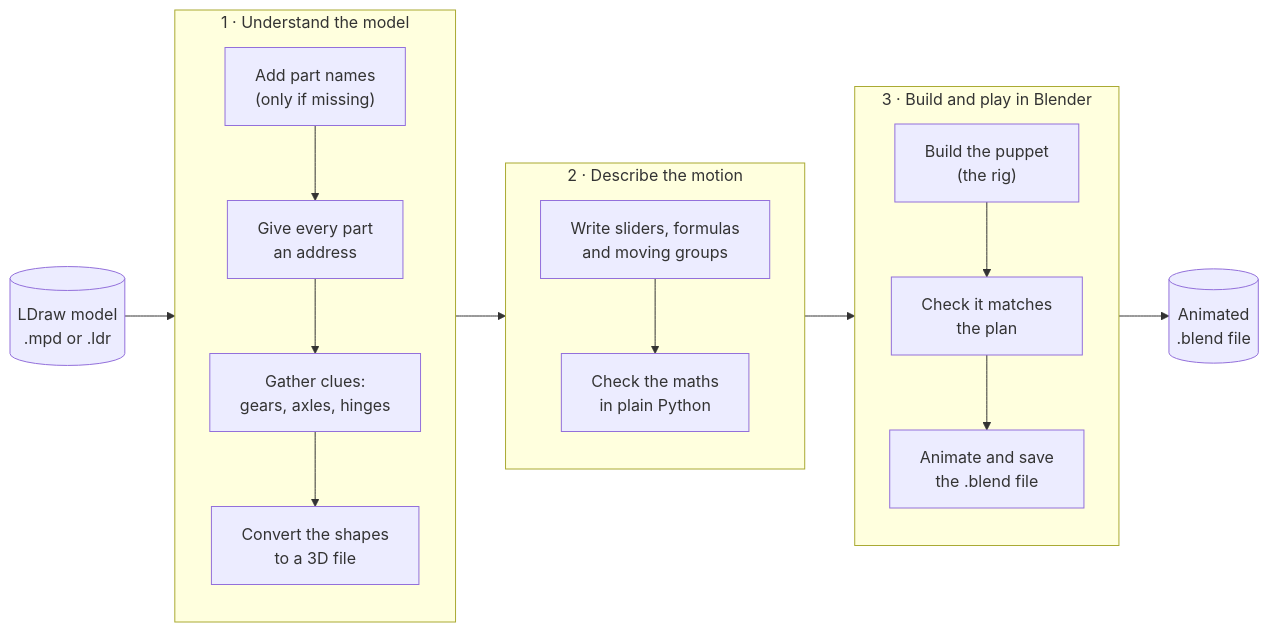
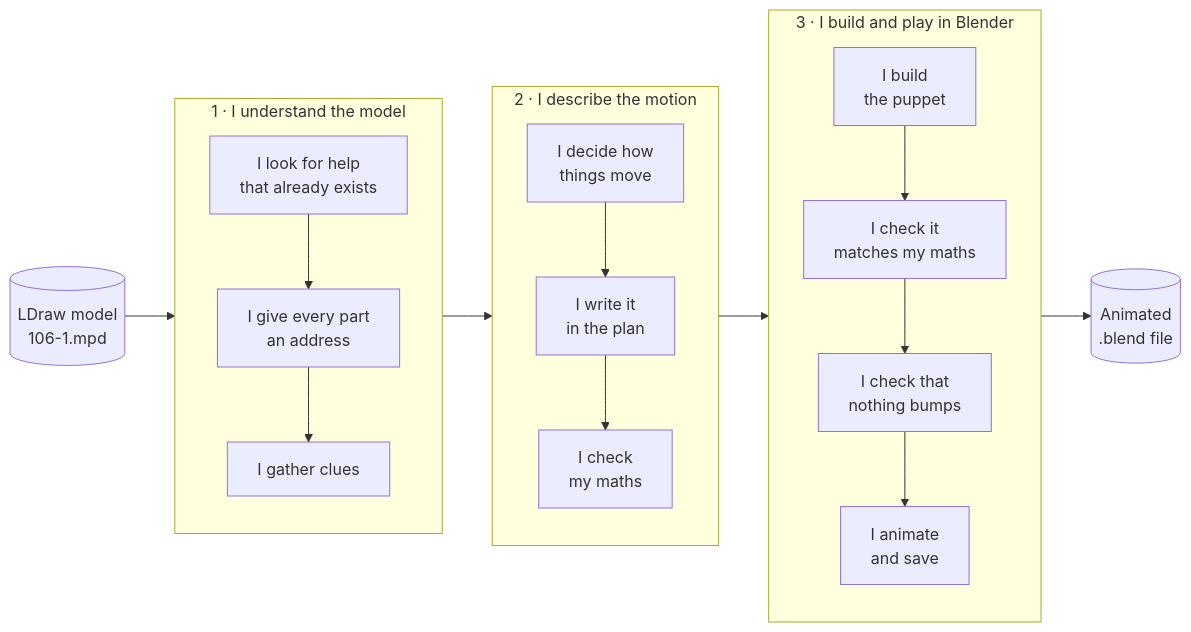
Before and after one commit to anteloc/ldraw-mecha: the first of 25 diagrams in docs/how-it-works.md, drawn with Mermaid. The commit also changed other lines of this file and 1 other file, not shown here.

````diff
--- a/docs/how-it-works.md
+++ b/docs/how-it-works.md
@@ -33,21 +44,22 @@
 ```mermaid
 flowchart LR
-    src[("LDraw model<br/>.mpd or .ldr")]
-    subgraph understand["1 · Understand the model"]
+    src[("LDraw model<br/>106-1.mpd")]
+    subgraph understand["1 · I understand the model"]
         direction TB
-        a1["Add part names<br/>(only if missing)"] --> a2["Give every part<br/>an address"]
-        a2 --> a3["Gather clues:<br/>gears, axles, hinges"]
-        a3 --> a4["Convert the shapes<br/>to a 3D file"]
+        a1["I look for help<br/>that already exists"] --> a2["I give every part<br/>an address"]
+        a2 --> a3["I gather clues"]
     end
-    subgraph describe["2 · Describe the motion"]
+    subgraph describe["2 · I describe the motion"]
         direction TB
-        b1["Write sliders, formulas<br/>and moving groups"] --> b2["Check the maths<br/>in plain Python"]
+        b1["I decide how<br/>things move"] --> b2["I write it<br/>in the plan"]
+        b2 --> b3["I check<br/>my maths"]
     end
-    subgraph play["3 · Build and play in Blender"]
+    subgraph play["3 · I build and play in Blender"]
         direction TB
-        c1["Build the puppet<br/>(the rig)"] --> c2["Check it matches<br/>the plan"]
-        c2 --> c3["Animate and save<br/>the .blend file"]
+        c1["I build<br/>the puppet"] --> c2["I check it<br/>matches my maths"]
+        c2 --> c3["I check that<br/>nothing bumps"]
+        c3 --> c4["I animate<br/>and save"]
     end
     out[("Animated<br/>.blend file")]
     src --> understand --> describe --> play --> out
 ```
````
